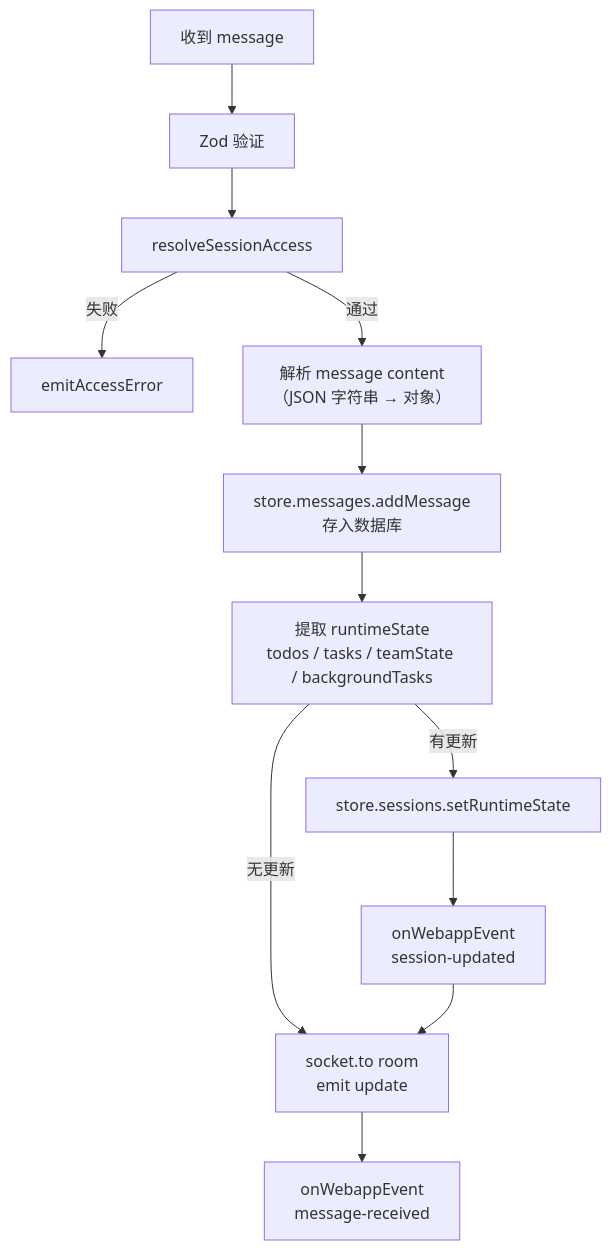
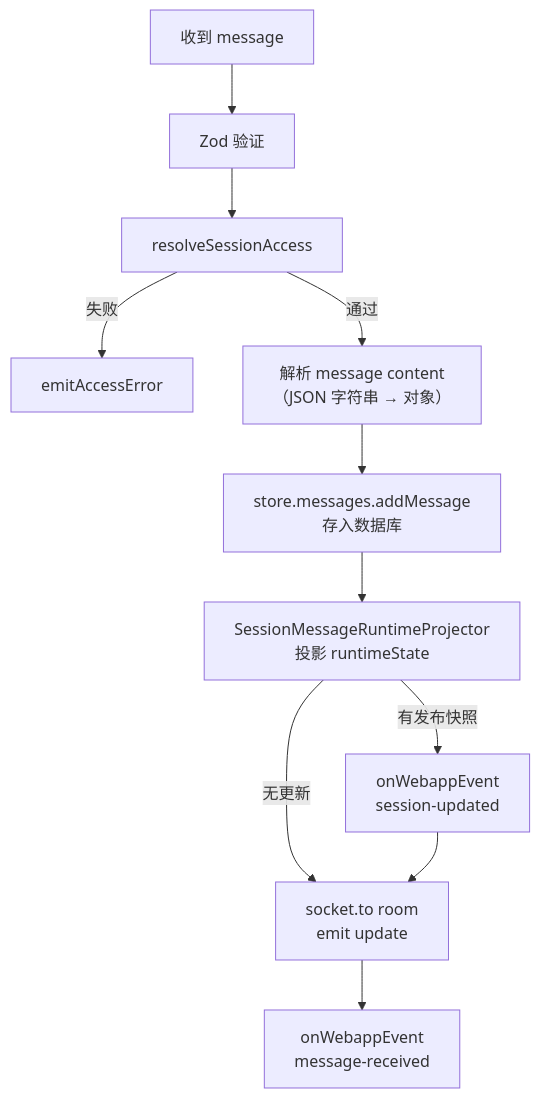
One commit to ModuBit/mobi changed the third of 9 diagrams in docs/architecture/hub/socket/handlers.md. Above: the diagram before and after it, drawn with Mermaid. The commit also changed other lines of this file and 17 other files, not shown here.

````diff
--- a/docs/architecture/hub/socket/handlers.md
+++ b/docs/architecture/hub/socket/handlers.md
@@ -128,14 +128,13 @@
 ```mermaid
 flowchart TB
     Recv["收到 message"] --> Validate["Zod 验证"]
     Validate --> Auth["resolveSessionAccess"]
     Auth -->|失败| Error["emitAccessError"]
     Auth -->|通过| Parse["解析 message content<br/>（JSON 字符串 → 对象）"]
     Parse --> Store["store.messages.addMessage<br/>存入数据库"]
-    Store --> Extract["提取 runtimeState<br/>todos / tasks / teamState / backgroundTasks"]
-    Extract -->|有更新| UpdateRS["store.sessions.setRuntimeState"]
-    UpdateRS --> WebEvent1["onWebappEvent<br/>session-updated"]
-    Extract -->|无更新| Broadcast
+    Store --> Project["SessionMessageRuntimeProjector<br/>投影 runtimeState"]
+    Project -->|有发布快照| WebEvent1["onWebappEvent<br/>session-updated"]
+    Project -->|无更新| Broadcast
     WebEvent1 --> Broadcast["socket.to room<br/>emit update"]
     Broadcast --> WebEvent2["onWebappEvent<br/>message-received"]
 ```
````
